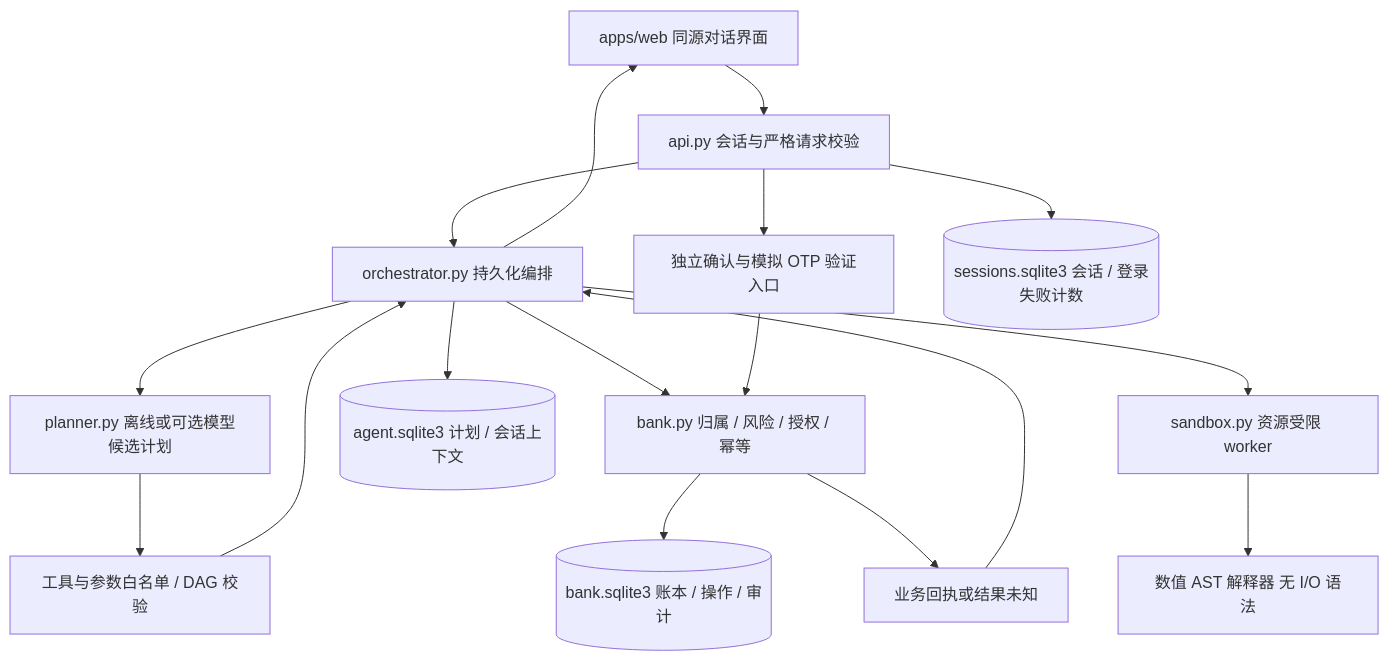
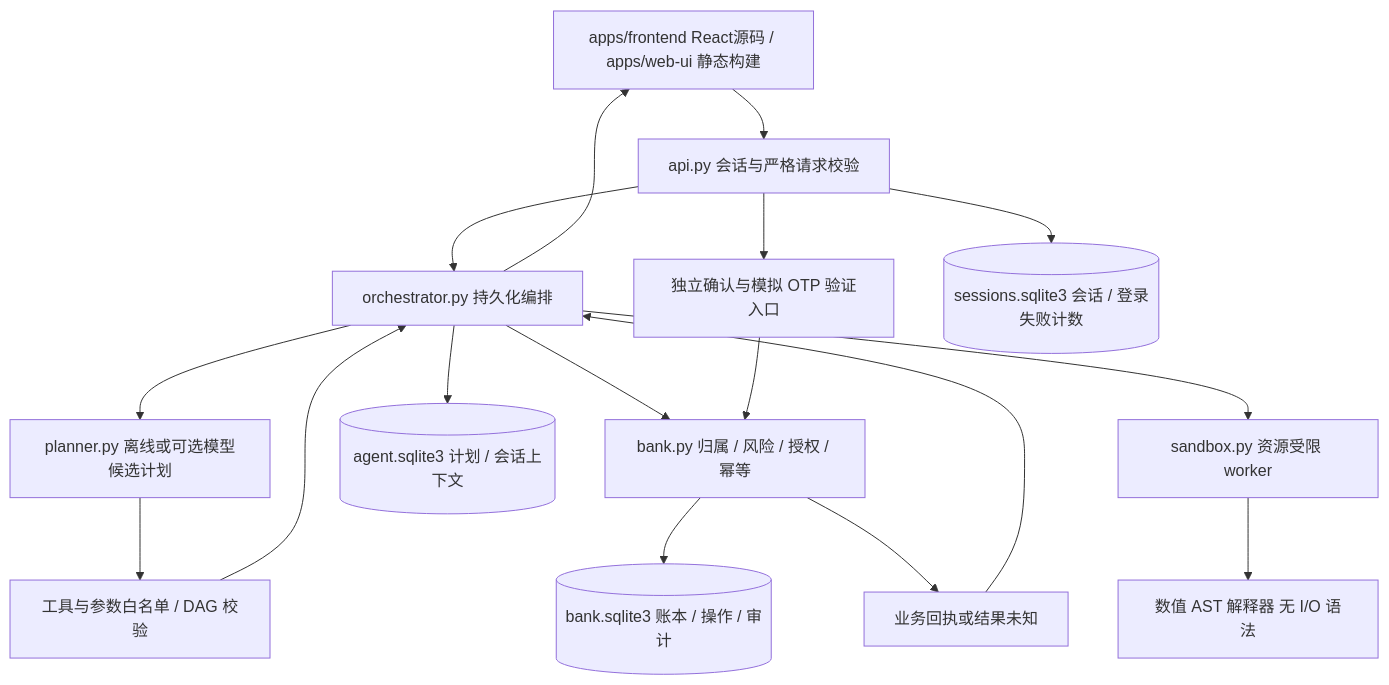
The first of 2 diagrams in docs/architecture.md (DragonFlamee/bankagents), drawn with Mermaid before and after one commit. The commit also changed other lines of this file and 88 other files, not shown here.

````diff
--- a/docs/architecture.md
+++ b/docs/architecture.md
@@ -9,19 +9,19 @@
 ```mermaid
 flowchart TD
-    UI[apps/web 同源对话界面] --> API[api.py 会话与严格请求校验]
+    UI[apps/frontend React源码 / apps/web-ui 静态构建] --> API[api.py 会话与严格请求校验]
     API --> O[orchestrator.py 持久化编排]
     O --> P[planner.py 离线或可选模型候选计划]
     P --> V[工具与参数白名单 / DAG 校验]
     V --> O
     O --> B[bank.py 归属 / 风险 / 授权 / 幂等]
     API --> AUTH[独立确认与模拟 OTP 验证入口]
     AUTH --> B
     B --> DB[(bank.sqlite3 账本 / 操作 / 审计)]
     O --> PD[(agent.sqlite3 计划 / 会话上下文)]
     API --> SD[(sessions.sqlite3 会话 / 登录失败计数)]
     O --> S[sandbox.py 资源受限 worker]
     S --> W[数值 AST 解释器 无 I/O 语法]
     B --> R[业务回执或结果未知]
     R --> O
     O --> UI
 ```
````
